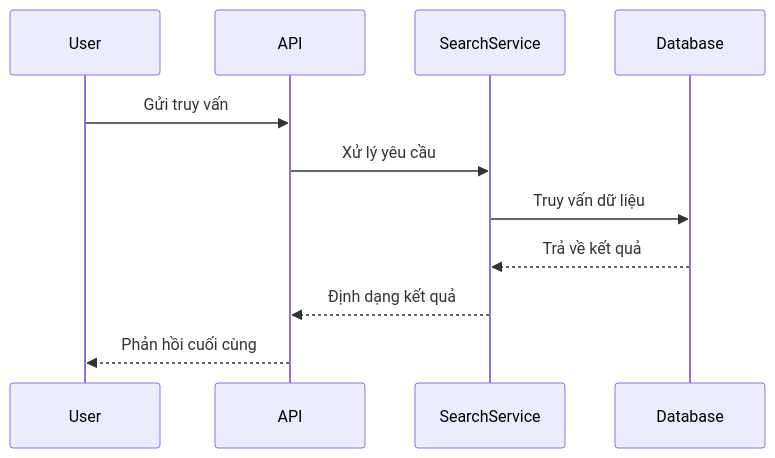
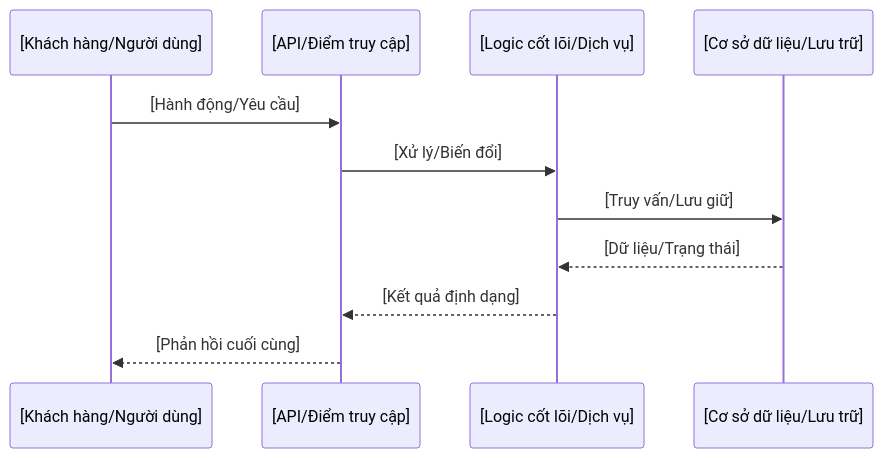
Before and after one commit to awun0105/Best-Readme-Template: the diagram in docs/VN/data-flow.md, drawn with Mermaid. The commit also changed other lines of this file and 7 other files, not shown here.

````diff
--- a/docs/VN/data-flow.md
+++ b/docs/VN/data-flow.md
@@ -19,13 +19,14 @@
 ```mermaid
 sequenceDiagram
-    participant User
-    participant API
-    participant SearchService
-    participant Database
-    User->>API: Gửi truy vấn
-    API->>SearchService: Xử lý yêu cầu
-    SearchService->>Database: Truy vấn dữ liệu
-    Database-->>SearchService: Trả về kết quả
-    SearchService-->>API: Định dạng kết quả
-    API-->>User: Phản hồi cuối cùng
+    participant Client as [Khách hàng/Người dùng]
+    participant Entry as [API/Điểm truy cập]
+    participant Logic as [Logic cốt lõi/Dịch vụ]
+    participant Data as [Cơ sở dữ liệu/Lưu trữ]
+    
+    Client->>Entry: [Hành động/Yêu cầu]
+    Entry->>Logic: [Xử lý/Biến đổi]
+    Logic->>Data: [Truy vấn/Lưu giữ]
+    Data-->>Logic: [Dữ liệu/Trạng thái]
+    Logic-->>Entry: [Kết quả định dạng]
+    Entry-->>Client: [Phản hồi cuối cùng]
 ```
````
